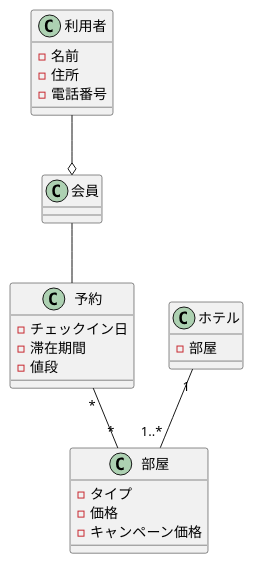
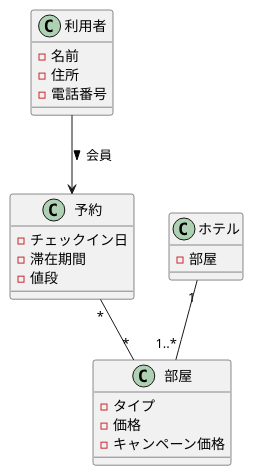
Before and after one commit to eumura123/uml-introduction: the diagram in 演習3-3_CL_ホテルと利用者と部屋と予約.pu, drawn with PlantUML. The commit also changed 4 other files, not shown here.

```diff
--- a/演習3-3_CL_ホテルと利用者と部屋と予約.pu
+++ b/演習3-3_CL_ホテルと利用者と部屋と予約.pu
@@ -1,24 +1,23 @@
 @startuml  
 class 利用者{
 - 名前
 - 住所
 - 電話番号
 }
 class ホテル{
 - 部屋
 }
 class 部屋{
 - タイプ
 - 価格
 - キャンペーン価格
 }
 class 予約{
 - チェックイン日
 - 滞在期間
 - 値段
 }
-利用者 --o 会員
-会員 -- 予約
+利用者 --> 予約:会員 >
 予約"*" -- "*"部屋
 ホテル"1" -- "1..*"部屋
 @enduml
```
